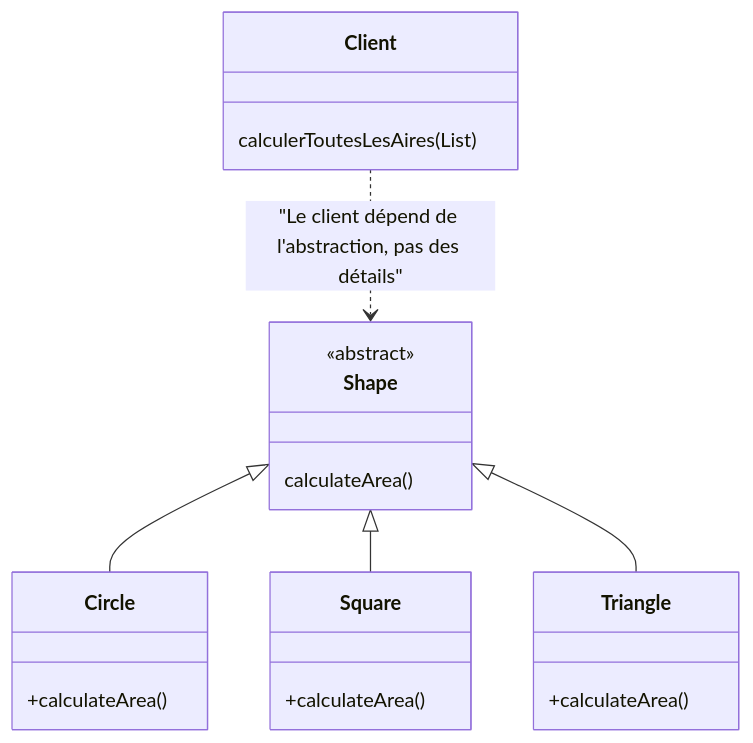
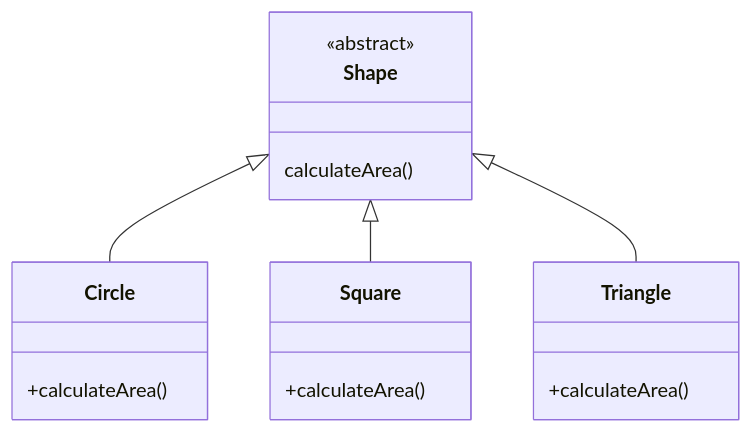
Before and after one commit to Mohammedazri/-DevoTeam---Training-POO----Design-Pattern: the second of 5 diagrams in README.md, drawn with Mermaid. The commit also changed other lines of this file, not shown here.

````diff
--- a/README.md
+++ b/README.md
@@ -60,20 +65,15 @@
 ```mermaid
 classDiagram
     direction TD
     class Shape{
       <<abstract>>
       calculateArea()
     }
     class Circle{ +calculateArea() }
     class Square{ +calculateArea() }
     class Triangle{ +calculateArea() }
 
     Shape <|-- Circle
     Shape <|-- Square
     Shape <|-- Triangle
-
-    class Client{
-        calculerToutesLesAires(List<Shape>)
-    }
-    Client ..> Shape : "Le client dépend de l'abstraction, pas des détails"
 ```
````
